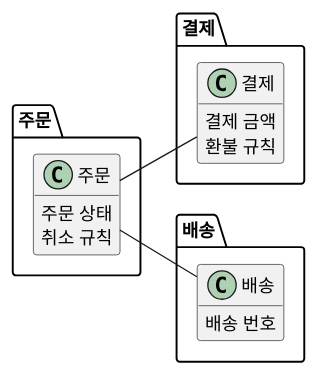
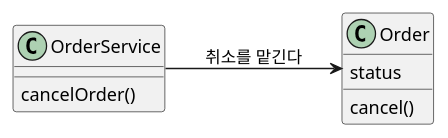
Before and after one commit to YoungSan77/TrainingMaterials: diagram 12 of 14 in courses/ooad/sessions/s01.md, drawn with PlantUML. The commit also changed other lines of this file and 51 other files, not shown here.

````diff
--- a/courses/ooad/sessions/s01.md
+++ b/courses/ooad/sessions/s01.md
@@ -727,25 +656,13 @@
 ```plantuml:class
 @startuml
-hide empty methods
 left to right direction
-package "주문" {
-  class "주문" as Order {
-    주문 상태
-    취소 규칙
-  }
+class OrderService {
+ cancelOrder()
 }
-package "결제" {
-  class "결제" as Payment {
-    결제 금액
-    환불 규칙
-  }
+class Order {
+ status
+ cancel()
 }
-package "배송" {
-  class "배송" as Delivery {
-    배송 번호
-  }
-}
-Order -- Payment
-Order -- Delivery
+OrderService --> Order : 취소를 맡긴다
 @enduml
 ```
````
